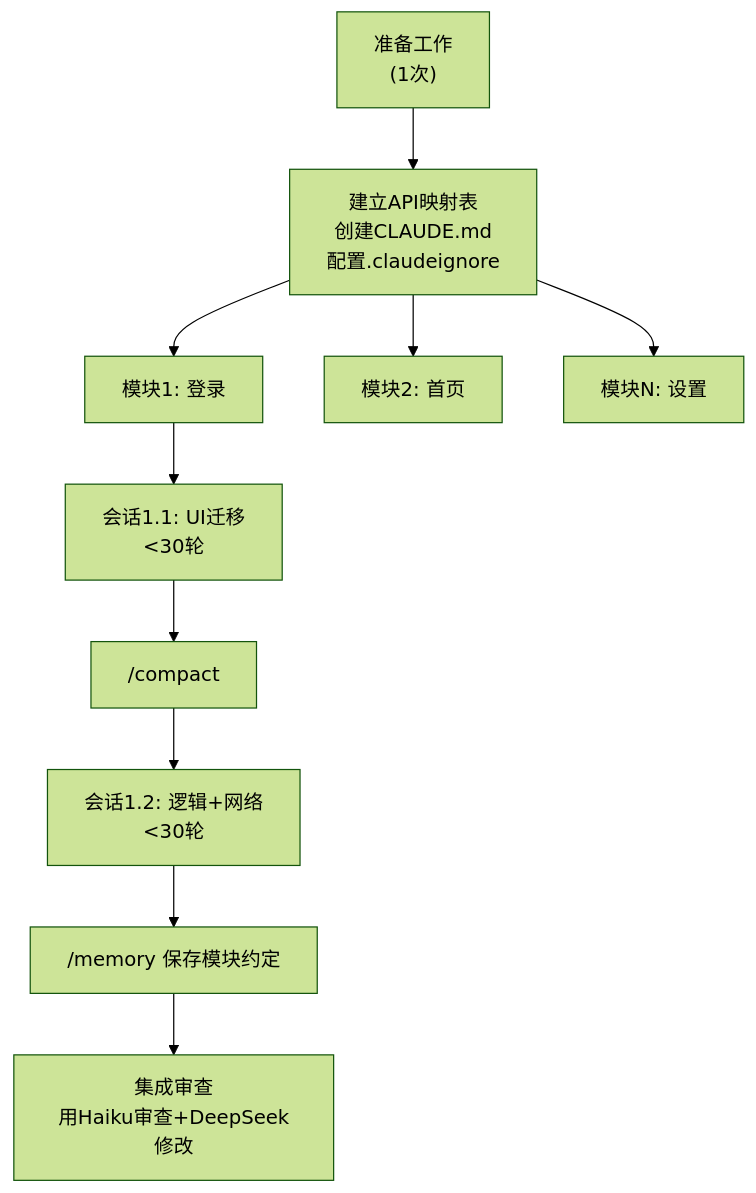
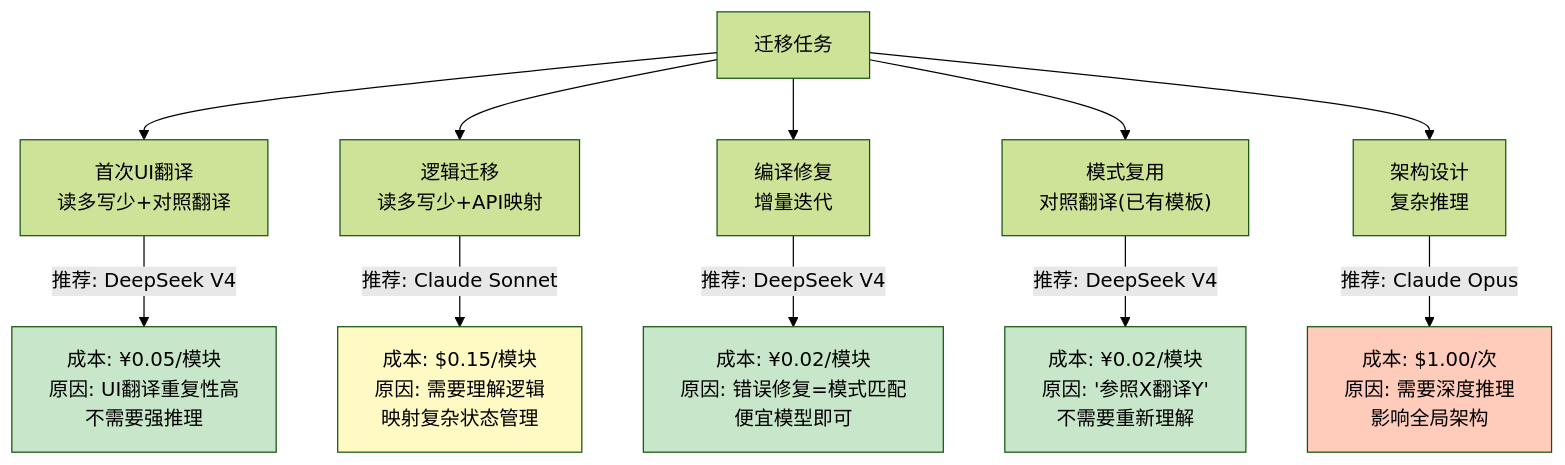
The fourth of 5 diagrams in docs/07-安卓转鸿蒙场景应用.md (JungleTestLabs/claude-token-optimization), drawn with Mermaid (forest theme) before and after one commit. The commit also changed other lines of this file and 3 other files, not shown here.

First line of the commit message:
docs: 深化安卓转鸿蒙任务特征分析(读多写少/对照翻译/增量迭代/API映射)

````diff
--- a/docs/07-安卓转鸿蒙场景应用.md
+++ b/docs/07-安卓转鸿蒙场景应用.md
@@ -113,16 +333,22 @@
 ```mermaid
 flowchart TD
-    Prep["准备工作<br/>(1次)"]
-    Prep --> A["建立API映射表<br/>创建CLAUDE.md<br/>配置.claudeignore"]
+    Task["迁移任务"]
     
-    A --> M1["模块1: 登录"]
-    A --> M2["模块2: 首页"]
-    A --> Mn["模块N: 设置"]
+    Task --> T1["首次UI翻译<br/>读多写少+对照翻译"]
+    Task --> T2["逻辑迁移<br/>读多写少+API映射"]
+    Task --> T3["编译修复<br/>增量迭代"]
+    Task --> T4["模式复用<br/>对照翻译(已有模板)"]
+    Task --> T5["架构设计<br/>复杂推理"]
     
-    M1 --> M1S1["会话1.1: UI迁移<br/><30轮"]
-    M1S1 --> M1compact["/compact"]
-    M1compact --> M1S2["会话1.2: 逻辑+网络<br/><30轮"]
-    M1S2 --> M1memory["/memory 保存模块约定"]
+    T1 -->|"推荐: DeepSeek V4"| R1["成本: ¥0.05/模块<br/>原因: UI翻译重复性高<br/>不需要强推理"]
+    T2 -->|"推荐: Claude Sonnet"| R2["成本: $0.15/模块<br/>原因: 需要理解逻辑<br/>映射复杂状态管理"]
+    T3 -->|"推荐: DeepSeek V4"| R3["成本: ¥0.02/模块<br/>原因: 错误修复=模式匹配<br/>便宜模型即可"]
+    T4 -->|"推荐: DeepSeek V4"| R4["成本: ¥0.02/模块<br/>原因: '参照X翻译Y'<br/>不需要重新理解"]
+    T5 -->|"推荐: Claude Opus"| R5["成本: $1.00/次<br/>原因: 需要深度推理<br/>影响全局架构"]
     
-    M1memory --> M_review["集成审查<br/>用Haiku审查+DeepSeek修改"]
+    style R1 fill:#c8e6c9
+    style R2 fill:#fff9c4
+    style R3 fill:#c8e6c9
+    style R4 fill:#c8e6c9
+    style R5 fill:#ffccbc
 ```
````
